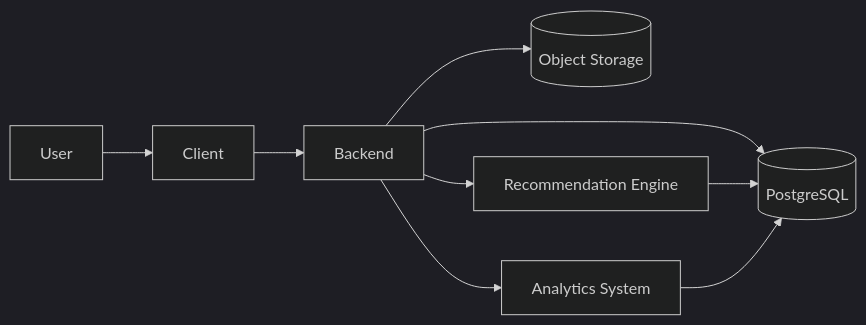
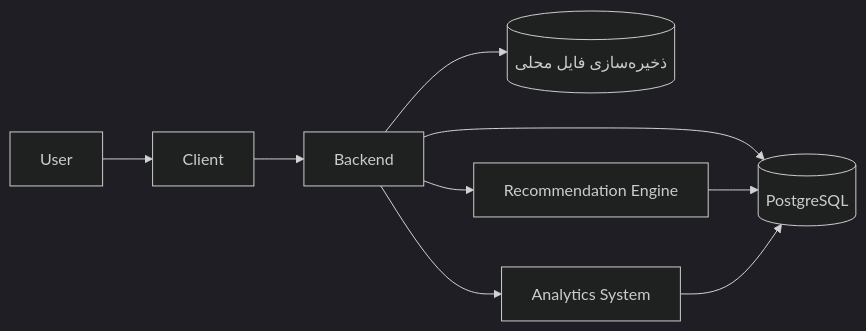
Before and after one commit to ferigeek/sarv: the diagram in README_FA.md, drawn with Mermaid (dark theme). The commit also changed other lines of this file and 1 other file, not shown here.

Commit message:
docs: Update READMEs to reflect local filesystem media storage
Replace the external object storage references in the English and Persian
READMEs (both the description and the mermaid diagram) with the current
implementation, where media files are stored on the backend's local
filesystem and addressed by their SHA-256 hash.

````diff
--- a/README_FA.md
+++ b/README_FA.md
@@ -21,10 +21,10 @@
 ```mermaid
 flowchart LR
 User --> Client --> Backend
 Backend --> DB[(PostgreSQL)]
-Backend --> Storage[(Object Storage)]
+Backend --> Storage[(ذخیره‌سازی فایل محلی)]
 Backend --> Rec[Recommendation Engine]
 Backend --> Analytics[Analytics System]
 Rec --> DB
 Analytics --> DB
 ```
````
